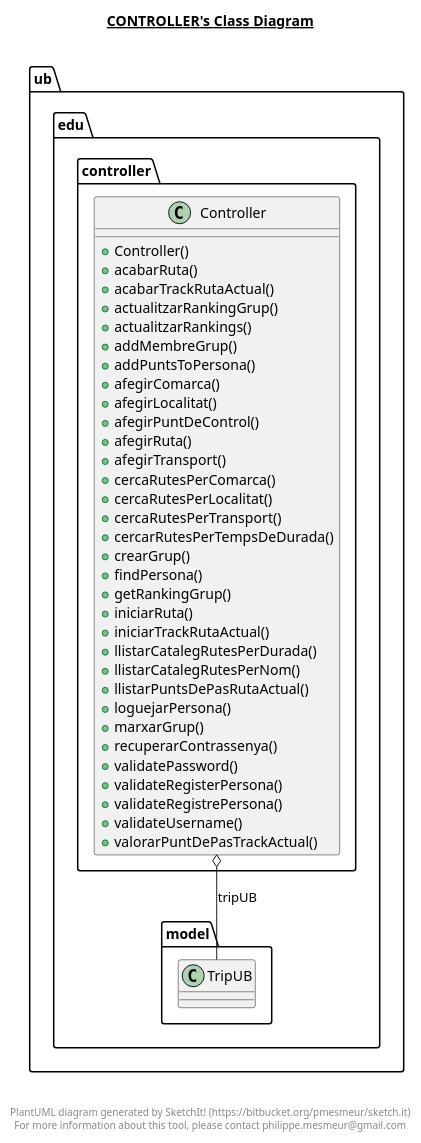
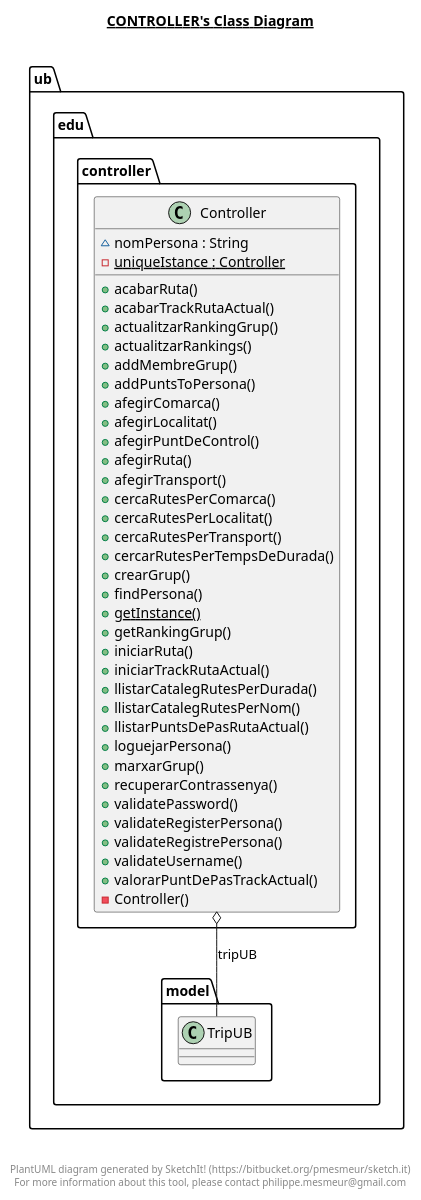
The diagram in src/ub/edu/controller/controller.plantuml (Samot2003/p3-tripu-dao-a12_reava), drawn with PlantUML before and after one commit. The commit also changed 37 other files, not shown here.

Commit message:
Hem aplicat singleton finalment a controller, hem acabat els tests nous i retocat diagrames

```diff
--- a/src/ub/edu/controller/controller.plantuml
+++ b/src/ub/edu/controller/controller.plantuml
@@ -1,53 +1,56 @@
 @startuml
 
 title __CONTROLLER's Class Diagram__\n
 
   namespace ub.edu.controller {
     class ub.edu.controller.Controller {
-        + Controller()
+        ~ nomPersona : String
+        {static} - uniqueIstance : Controller
         + acabarRuta()
         + acabarTrackRutaActual()
         + actualitzarRankingGrup()
         + actualitzarRankings()
         + addMembreGrup()
         + addPuntsToPersona()
         + afegirComarca()
         + afegirLocalitat()
         + afegirPuntDeControl()
         + afegirRuta()
         + afegirTransport()
         + cercaRutesPerComarca()
         + cercaRutesPerLocalitat()
         + cercaRutesPerTransport()
         + cercarRutesPerTempsDeDurada()
         + crearGrup()
         + findPersona()
+        {static} + getInstance()
         + getRankingGrup()
         + iniciarRuta()
         + iniciarTrackRutaActual()
         + llistarCatalegRutesPerDurada()
         + llistarCatalegRutesPerNom()
         + llistarPuntsDePasRutaActual()
         + loguejarPersona()
         + marxarGrup()
         + recuperarContrassenya()
         + validatePassword()
         + validateRegisterPersona()
         + validateRegistrePersona()
         + validateUsername()
         + valorarPuntDePasTrackActual()
+        - Controller()
     }
   }
   
 
   ub.edu.controller.Controller o-- ub.edu.model.TripUB : tripUB
 
 
 right footer
 
 
 PlantUML diagram generated by SketchIt! (https://bitbucket.org/pmesmeur/sketch.it)
 For more information about this tool, please contact philippe.mesmeur@gmail.com
 endfooter
 
 @enduml
```
